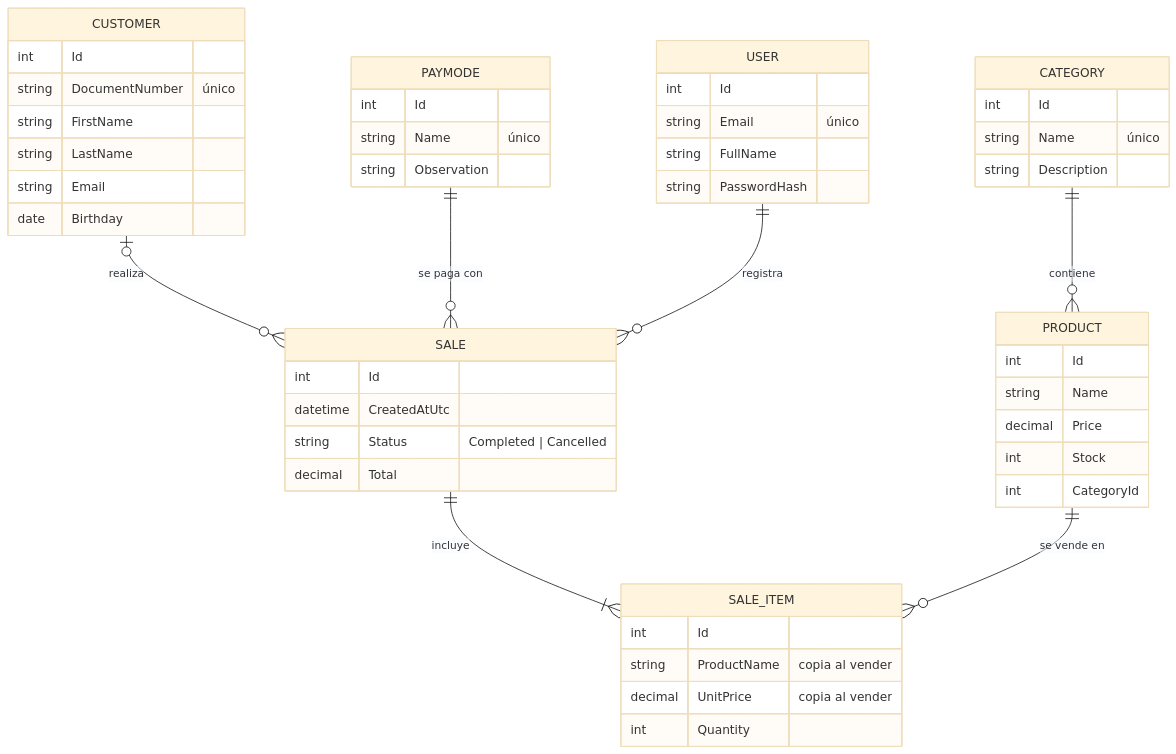
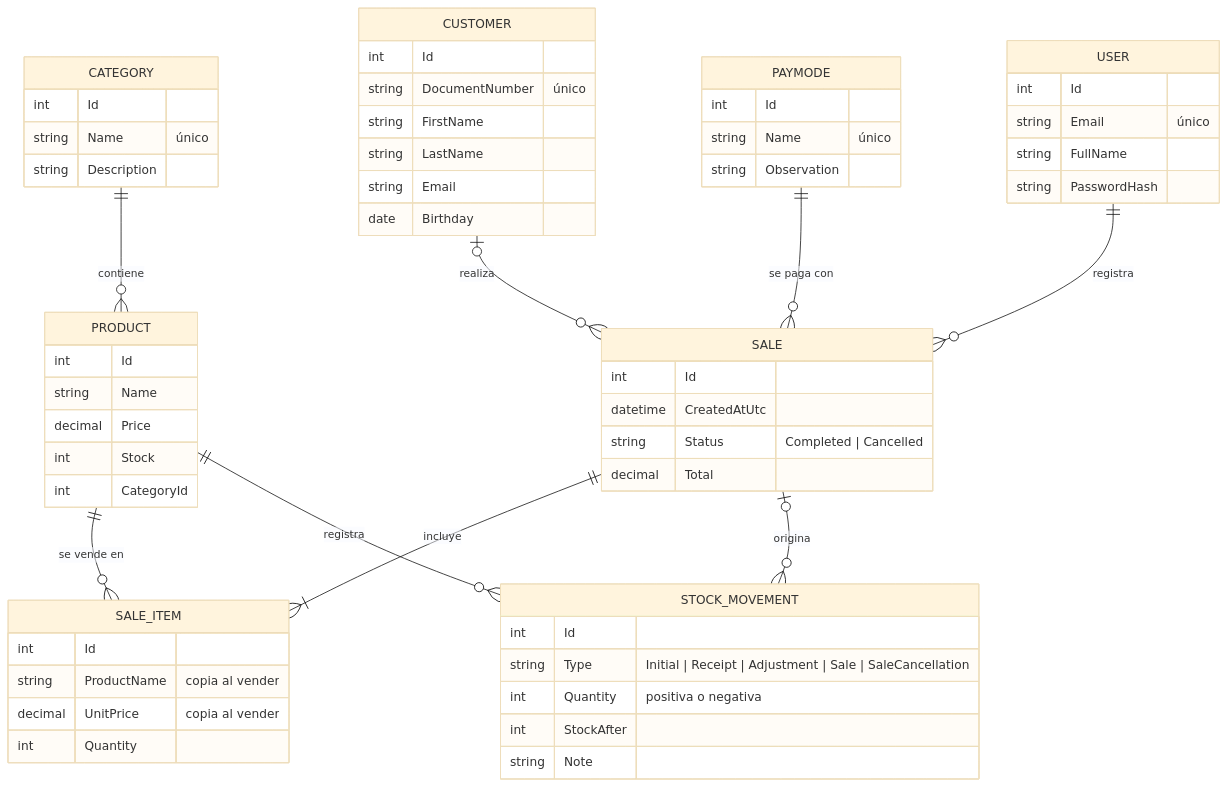
Before and after one commit to zemogc/SupermarketWEB: the diagram in README.md, drawn with Mermaid (base theme). The commit also changed other lines of this file, not shown here.

Commit message:
docs: documentar el kardex de inventario

````diff
--- a/README.md
+++ b/README.md
@@ -98,52 +100,61 @@
 ```mermaid
 erDiagram
     CATEGORY ||--o{ PRODUCT : contiene
     SALE ||--|{ SALE_ITEM : incluye
     PRODUCT ||--o{ SALE_ITEM : "se vende en"
     CUSTOMER |o--o{ SALE : realiza
     PAYMODE ||--o{ SALE : "se paga con"
     USER ||--o{ SALE : registra
+    PRODUCT ||--o{ STOCK_MOVEMENT : registra
+    SALE |o--o{ STOCK_MOVEMENT : origina
+    STOCK_MOVEMENT {
+        int Id
+        string Type "Initial | Receipt | Adjustment | Sale | SaleCancellation"
+        int Quantity "positiva o negativa"
+        int StockAfter
+        string Note
+    }
     SALE {
         int Id
         datetime CreatedAtUtc
         string Status "Completed | Cancelled"
         decimal Total
     }
     SALE_ITEM {
         int Id
         string ProductName "copia al vender"
         decimal UnitPrice "copia al vender"
         int Quantity
     }
     CATEGORY {
         int Id
         string Name "único"
         string Description
     }
     PRODUCT {
         int Id
         string Name
         decimal Price
         int Stock
         int CategoryId
     }
     CUSTOMER {
         int Id
         string DocumentNumber "único"
         string FirstName
         string LastName
         string Email
         date Birthday
     }
     PAYMODE {
         int Id
         string Name "único"
         string Observation
     }
     USER {
         int Id
         string Email "único"
         string FullName
         string PasswordHash
     }
 ```
````
